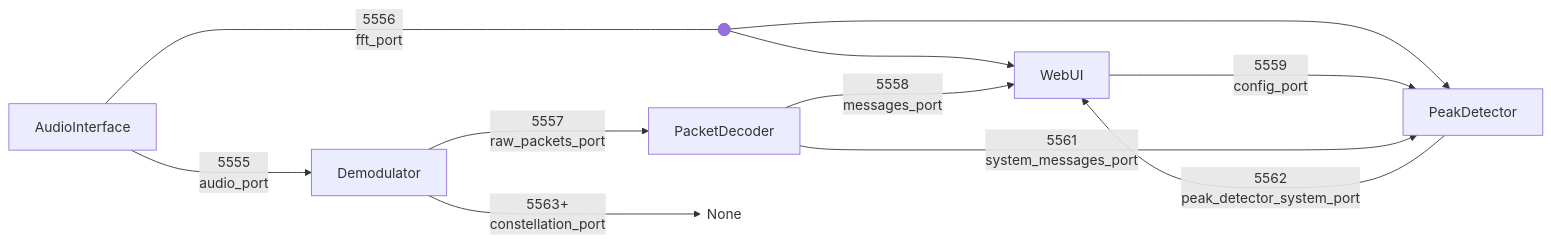
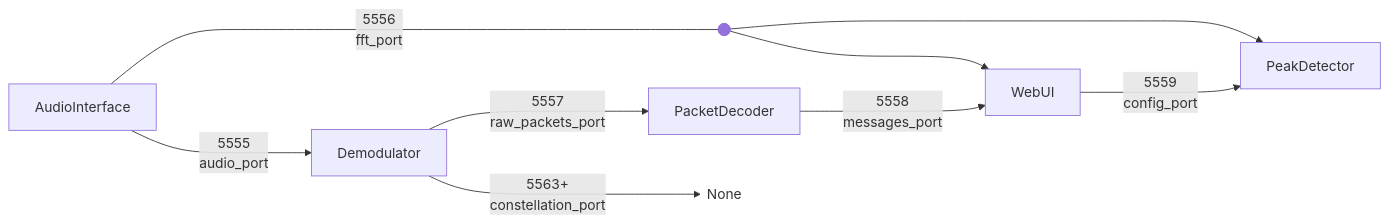
The diagram in docs/port-architecture.md (BimBim134/vibe-audioModem), drawn with Mermaid before and after one commit. The commit also changed other lines of this file and 3 other files, not shown here.

Commit message:
- Removed system_messages_port (5561) and peak_detector_system_port (5562) - messages_port (5558) now handles both data and system messages - Updated mermaid diagram - Documented JSON format for WebSocket messages (0x03 and 0x04) - Updated component descriptions

````diff
--- a/docs/port-architecture.md
+++ b/docs/port-architecture.md
@@ -17,13 +15,11 @@
 ```mermaid
 flowchart LR
 AudioInterface --->|5555<br>audio_port| Demodulator
 port5556@{shape: f-circ}
 AudioInterface ---|5556<br>fft_port| port5556
 port5556       ---> WebUI & PeakDetector
 Demodulator    --->|5557<br>raw_packets_port| PacketDecoder
 PacketDecoder  --->|5558<br>messages_port| WebUI
 WebUI          --->|5559<br>config_port| PeakDetector
-PacketDecoder  --->|5561<br>system_messages_port| PeakDetector
-PeakDetector   --->|5562<br>peak_detector_system_port| WebUI
 Demodulator    --->|5563+<br>constellation_port| None@{shape: text}
 ```
````
